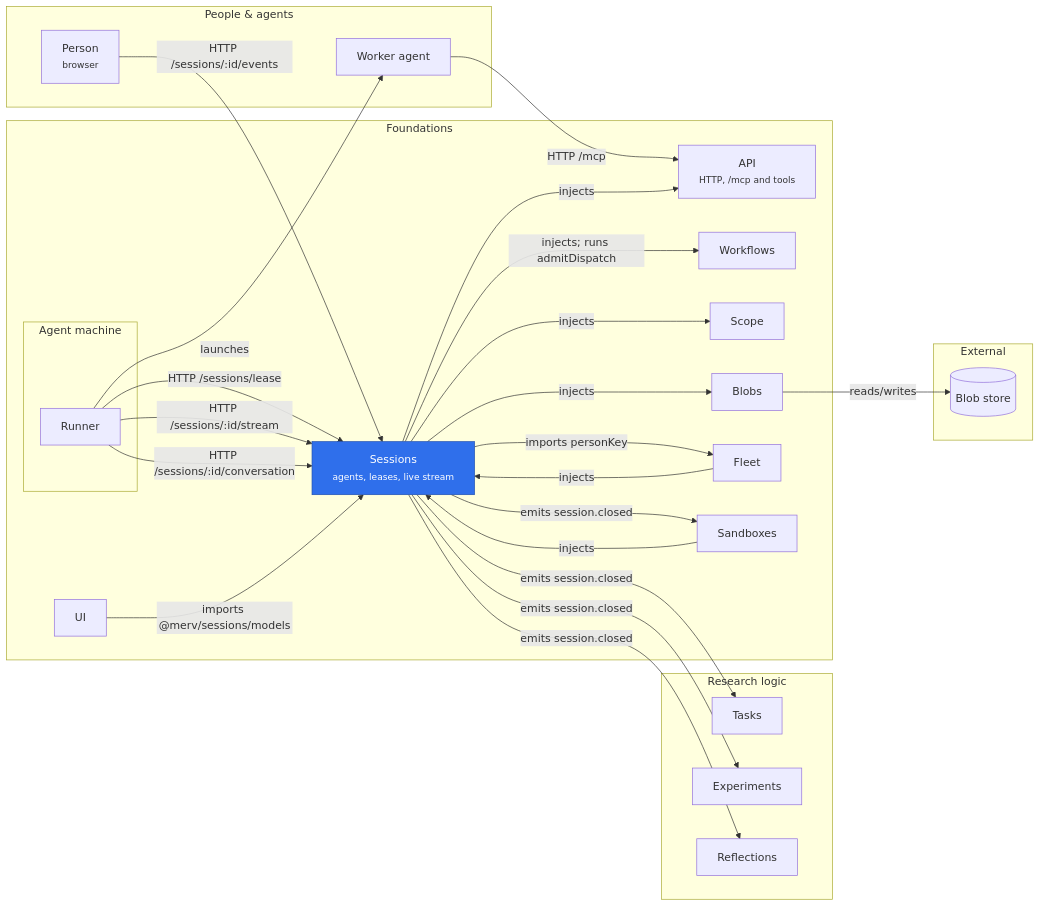
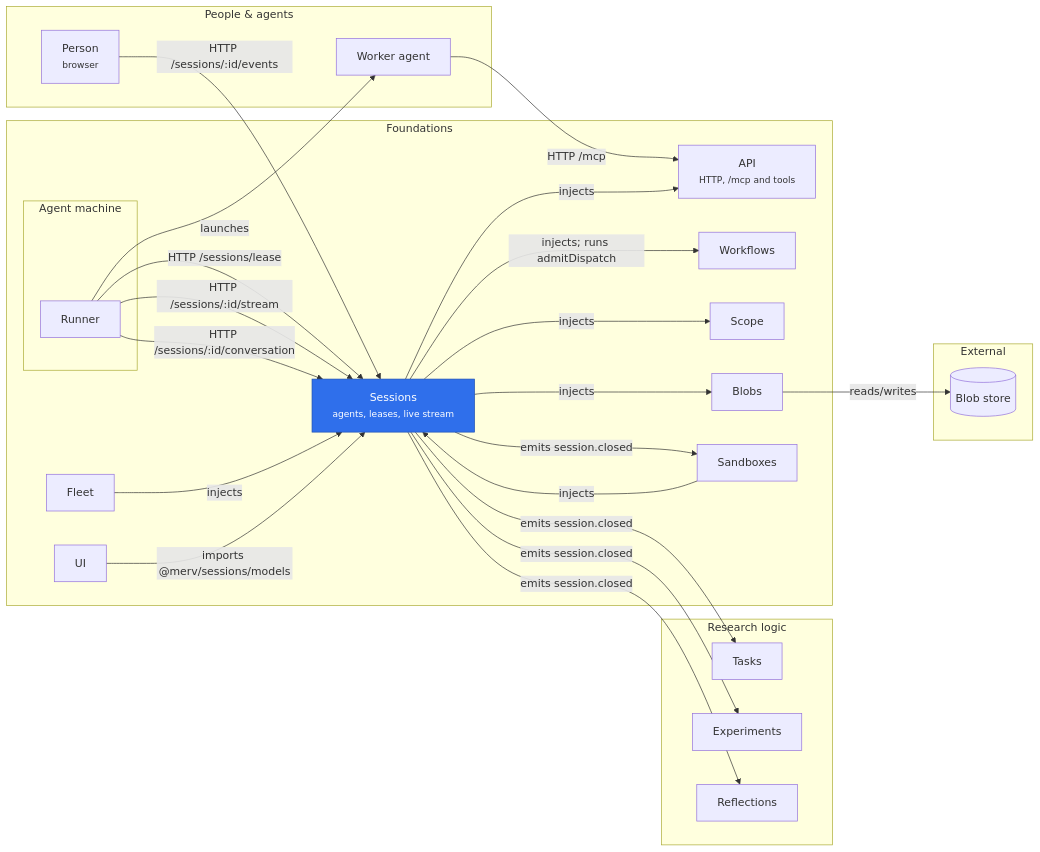
One commit to rapidreview-io/Merv changed the diagram in merv-typescript/packages/sessions/README.md. Above: the diagram before and after it, drawn with Mermaid. The commit also changed other lines of this file and 31 other files, not shown here.

````diff
--- a/merv-typescript/packages/sessions/README.md
+++ b/merv-typescript/packages/sessions/README.md
@@ -12,49 +12,48 @@
 ```mermaid
 flowchart LR
   subgraph peopleLayer["People & agents"]
     person["Person<br/><small>browser</small>"]
     workerAgent["Worker agent"]
   end
   subgraph researchLayer["Research logic"]
     tasks["Tasks"]
     experiments["Experiments"]
     reflections["Reflections"]
   end
   subgraph foundationsLayer["Foundations"]
     subgraph machine["Agent machine"]
       runner["Runner"]
     end
     api["API<br/><small>HTTP, /mcp and tools</small>"]
     sessions["Sessions<br/><small>agents, leases, live stream</small>"]
     workflows["Workflows"]
     scope["Scope"]
     blobs["Blobs"]
     fleet["Fleet"]
     sandboxes["Sandboxes"]
     ui["UI"]
   end
   subgraph externalLayer["External"]
     blobStore[("Blob store")]
   end
   runner -- "launches" --> workerAgent
   runner -- "HTTP /sessions/lease" --> sessions
   runner -- "HTTP /sessions/:id/stream" --> sessions
   runner -- "HTTP /sessions/:id/conversation" --> sessions
   workerAgent -- "HTTP /mcp" --> api
   person -- "HTTP /sessions/:id/events" --> sessions
   sessions -- "injects" --> api
   sessions -- "injects; runs admitDispatch" --> workflows
   sessions -- "injects" --> scope
   sessions -- "injects" --> blobs
   blobs -- "reads/writes" --> blobStore
   fleet -- "injects" --> sessions
   ui -- "imports @merv/sessions/models" --> sessions
-  sessions -- "imports personKey" --> fleet
   sandboxes -- "injects" --> sessions
   sessions -- "emits session.closed" --> tasks
   sessions -- "emits session.closed" --> experiments
   sessions -- "emits session.closed" --> reflections
   sessions -- "emits session.closed" --> sandboxes
   classDef self fill:#2f6feb,color:#fff,stroke:#1f4fb0
   class sessions self
 ```
````
